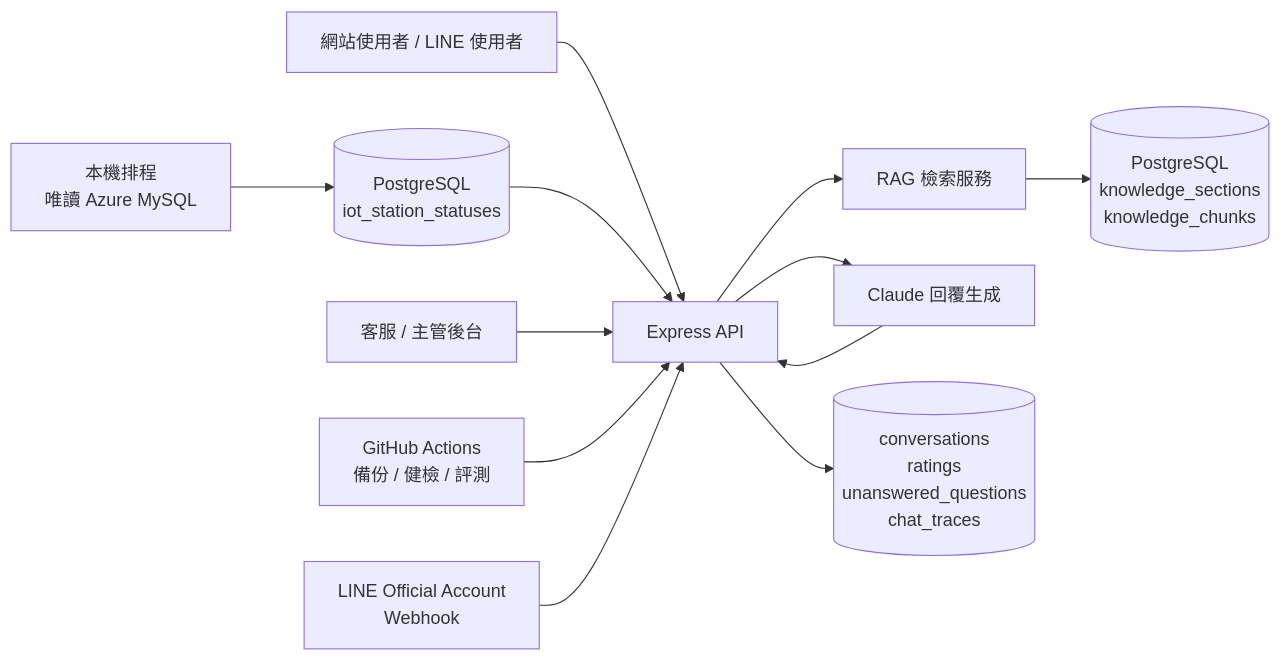
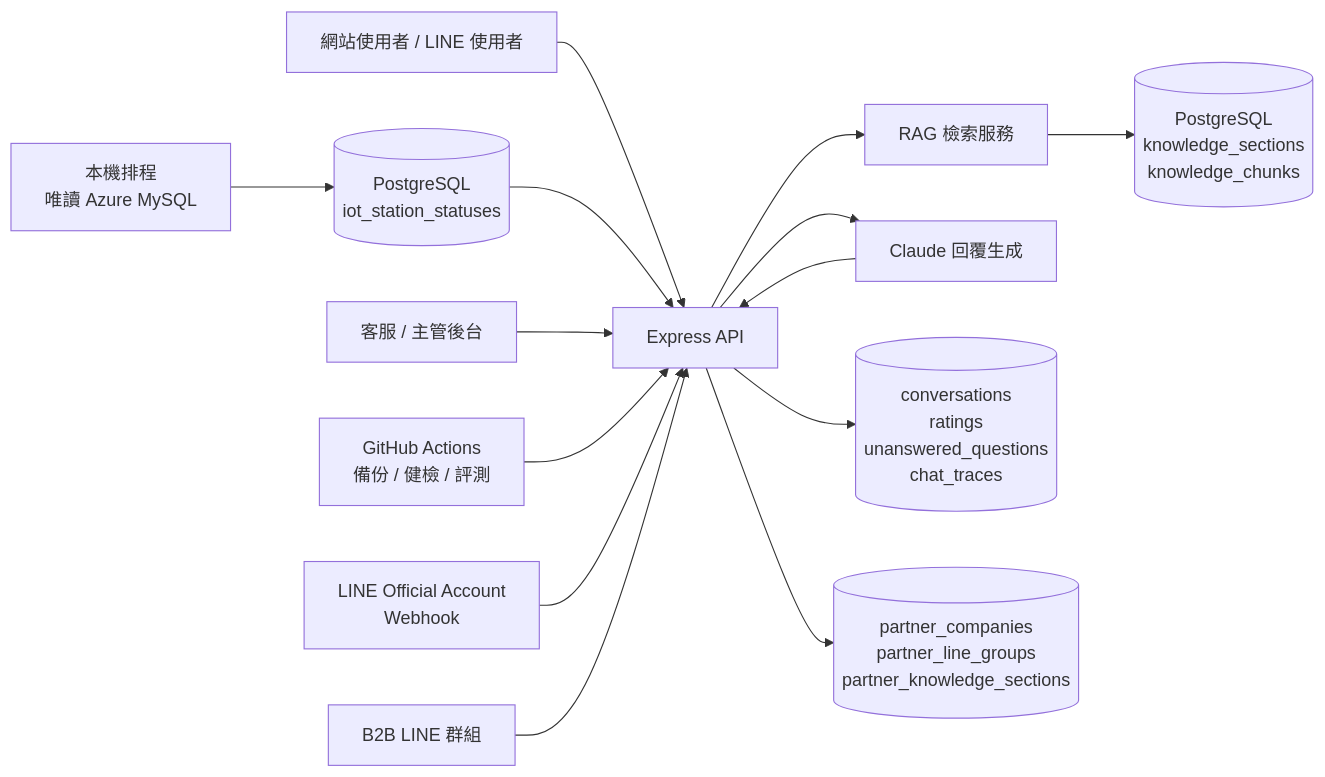
Before and after one commit to jameswu504-hash/ecoco-customer-servic: the diagram in README.md, drawn with Mermaid. The commit also changed other lines of this file and 16 other files, not shown here.

Commit message:
feat: add isolated B2B LINE partner branches

````diff
--- a/README.md
+++ b/README.md
@@ -25,14 +26,16 @@
 ```mermaid
 flowchart LR
   User["網站使用者 / LINE 使用者"] --> API["Express API"]
   API --> Rag["RAG 檢索服務"]
   Rag --> DB[("PostgreSQL<br/>knowledge_sections<br/>knowledge_chunks")]
   API --> Claude["Claude 回覆生成"]
   Claude --> API
   API --> Logs[("conversations<br/>ratings<br/>unanswered_questions<br/>chat_traces")]
   Sync["本機排程<br/>唯讀 Azure MySQL"] --> StationDB[("PostgreSQL<br/>iot_station_statuses")]
   StationDB --> API
   Admin["客服 / 主管後台"] --> API
   GitHub["GitHub Actions<br/>備份 / 健檢 / 評測"] --> API
   Line["LINE Official Account<br/>Webhook"] --> API
+  Partner["B2B LINE 群組"] --> API
+  API --> PartnerDB[("partner_companies<br/>partner_line_groups<br/>partner_knowledge_sections")]
 ```
````
